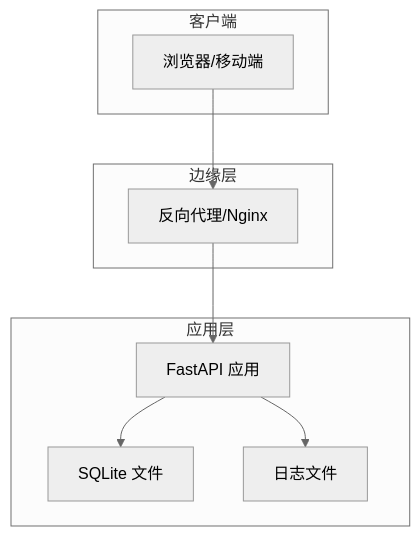
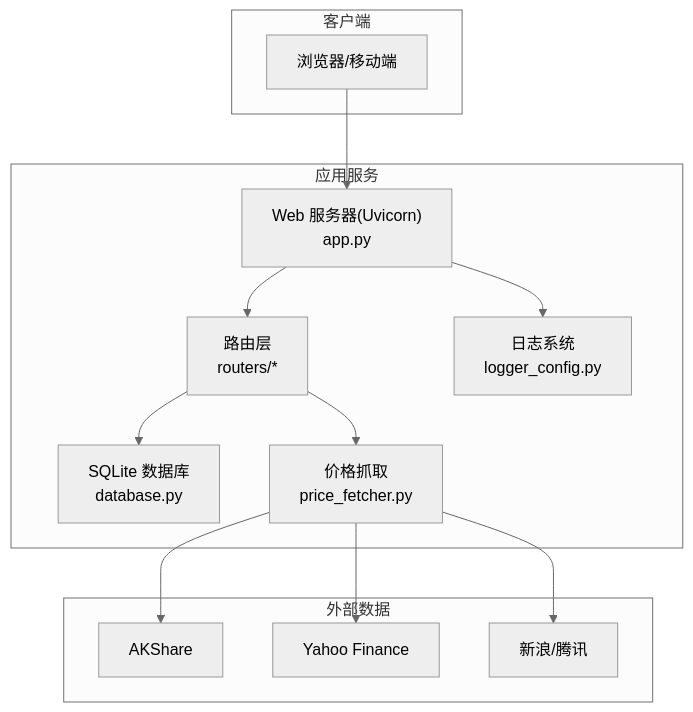
One commit to macrohuang/invest-log changed the second of 8 diagrams in .qoder/repowiki/zh/content/部署与运维/部署与运维.md. Above: the diagram before and after it, drawn with Mermaid (neutral theme). The commit also changed other lines of this file and 121 other files, not shown here.

````diff
--- a/.qoder/repowiki/zh/content/部署与运维/部署与运维.md
+++ b/.qoder/repowiki/zh/content/部署与运维/部署与运维.md
@@ -82,17 +89,26 @@
 ```mermaid
 graph TB
 subgraph "客户端"
 U["浏览器/移动端"]
 end
-subgraph "边缘层"
-RP["反向代理/Nginx"]
+subgraph "应用服务"
+W["Web 服务器(Uvicorn)<br/>app.py"]
+R["路由层<br/>routers/*"]
+DB["SQLite 数据库<br/>database.py"]
+LG["日志系统<br/>logger_config.py"]
+PF["价格抓取<br/>price_fetcher.py"]
 end
-subgraph "应用层"
-FA["FastAPI 应用"]
-DB["SQLite 文件"]
-LF["日志文件"]
+subgraph "外部数据"
+EX1["AKShare"]
+EX2["Yahoo Finance"]
+EX3["新浪/腾讯"]
 end
-U --> RP --> FA
-FA --> DB
-FA --> LF
+U --> W
+W --> R
+R --> DB
+R --> PF
+PF --> EX1
+PF --> EX2
+PF --> EX3
+W --> LG
 ```
````
